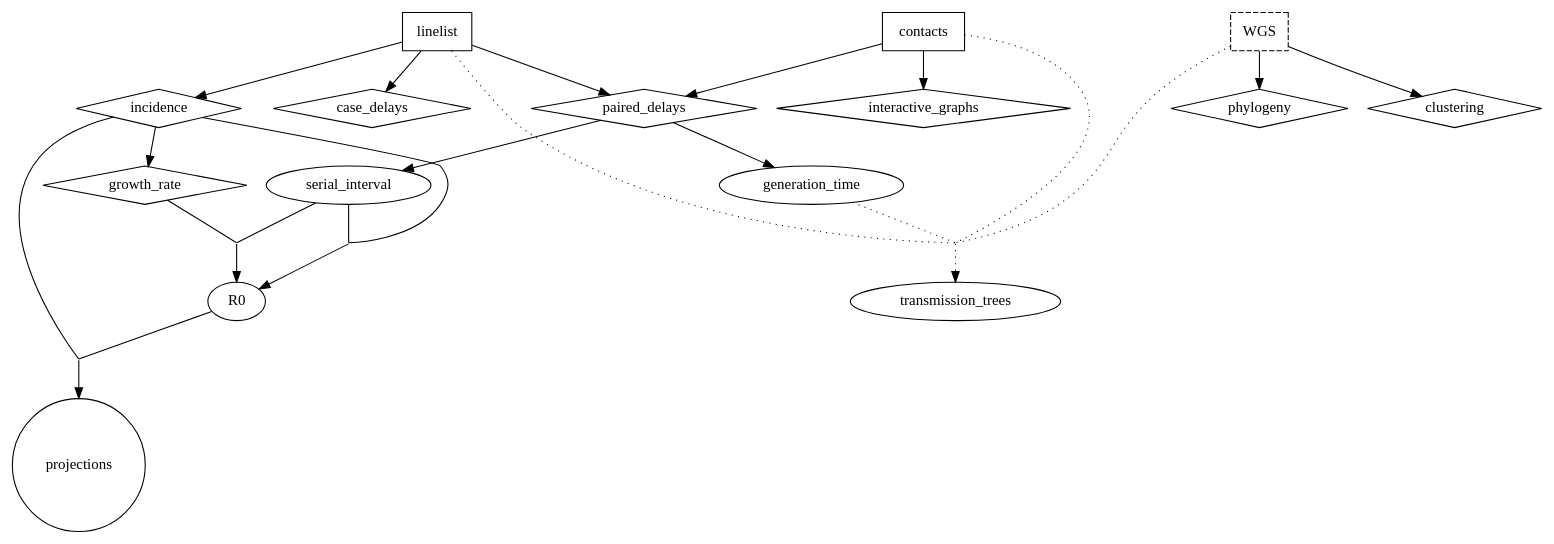
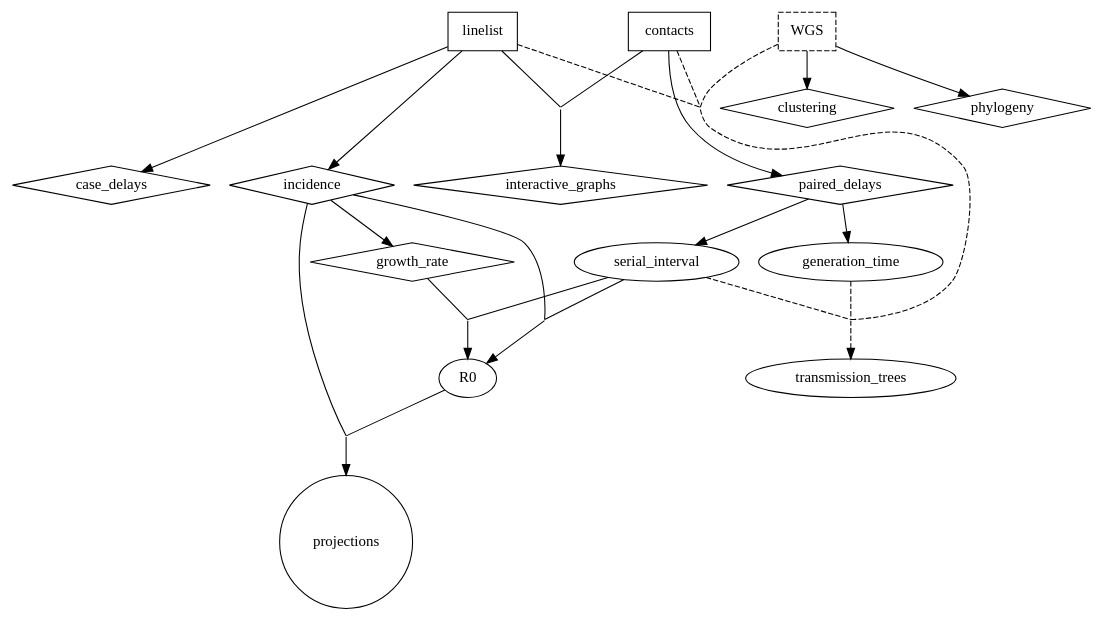
One commit to zkamvar/challenges-manuscript changed the diagram in figure2.dot. Above: the diagram before and after it, drawn with Graphviz.

Commit message:
made slightly uglier

```diff
--- a/figure2.dot
+++ b/figure2.dot
@@ -1,69 +1,82 @@
 digraph G {
 	node[shape="box"]
 		linelist;
 		contacts;
 		
 	node[shape="box", style = "dashed"]
 		WGS;
 		
 	node[shape="diamond", style="solid"]
 		incidence;
 		growth_rate;
 		phylogeny;
 		clustering;
 		case_delays;
 		paired_delays;
 		interactive_graphs;
 		
 	node[shape="oval"]
 		R0;
 		serial_interval;
 		generation_time;
 		transmission_trees;
 
 	node[shape="circle"]
 		projections;
 		
 	node[shape = "none", width = 0, height = 0, label = ""]
-		GrR0;
-		InRO;
-		R0P;
-		TT;
+		GrR0; // Growth Rate to R0
+		InRO; // Incidence to R0
+		tPd;  // to paired delays
+		tIg;  // to interactive graphs
+		R0P;  // R0 to Projections
+		TT1;  // to transmission trees
+		TT2;  // to transmission trees
 		
-	node[shape="box", style = "invis"]
-		background;
+//	node[shape="box", style = "invis"]
+//		background;
 
 	linelist -> incidence;
 	incidence -> growth_rate;
 
 	incidence       -> InR0 [arrowhead = "none"];
         serial_interval -> InR0 [arrowhead = "none"];
 	InR0            -> R0;
 
 	growth_rate     -> GrR0 [arrowhead = "none"];
 	serial_interval -> GrR0 [arrowhead = "none"];
 	GrR0            -> R0;
 
 	R0        -> R0P [arrowhead = "none"];
 	incidence -> R0P [arrowhead = "none"];
 	R0P       -> projections;
 	
 	linelist -> case_delays;
-	linelist -> paired_delays;
+
+//	contacts -> tPd [arrowhead = "none"];
+//	linelist -> tPd [arrowhead = "none"];
+//	tPd      -> paired_delays;
+	contacts -> paired_delays;
 	
-	contacts -> interactive_graphs;
-	contacts -> paired_delays;
 	paired_delays -> generation_time;
 	paired_delays -> serial_interval;
+
+	contacts -> tIg [arrowhead = "none"];
+	linelist -> tIg [arrowhead = "none"];
+	tIg      -> interactive_graphs;
+
 	
 	WGS -> phylogeny;
 	WGS -> clustering;
 
-	WGS             -> TT [ style="dotted", arrowhead="none" ];
-	linelist        -> TT [ style="dotted", arrowhead="none" ];
-	contacts        -> TT [ style="dotted", arrowhead="none" ];
-	generation_time -> TT [ style="dotted", arrowhead="none" ];
-	TT              -> transmission_trees [ style = "dotted" ];
+	WGS             -> TT1[ style="dashed", arrowhead="none" ];
+	linelist        -> TT1[ style="dashed", arrowhead="none" ];
+	contacts        -> TT1[ style="dashed", arrowhead="none" ];
+	generation_time -> TT2[ style="dashed", arrowhead="none" ];
+	serial_interval -> TT2[ style="dashed", arrowhead="none" ];
+	TT1             -> TT2[ style="dashed", arrowhead="none" ];
+	TT2             -> transmission_trees [ style = "dashed" ];
 	
-	{rank = "same"; contacts, linelist, WGS, background}
+	{rank = "same"; contacts, linelist, WGS}//, background}
+	{rank = "same"; incidence, case_delays, paired_delays, interactive_graphs}//, background}
 }
```
